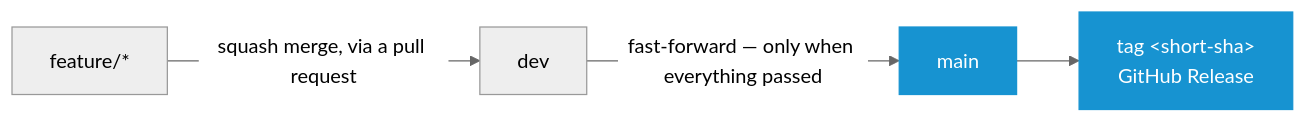
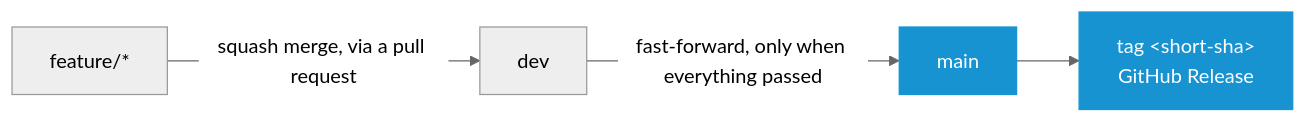
Before and after one commit to murkl/arch-os: the first of 2 diagrams in CONTRIBUTING.md, drawn with Mermaid (neutral theme). The commit also changed other lines of this file and 37 other files, not shown here.

````diff
--- a/CONTRIBUTING.md
+++ b/CONTRIBUTING.md
@@ -10,9 +10,9 @@
 ```mermaid
 flowchart LR
     F["feature/*"] -->|"squash merge, via a pull request"| D["dev"]
-    D -->|"fast-forward — only when everything passed"| M["main"]
+    D -->|"fast-forward, only when everything passed"| M["main"]
     M --> R["tag &lt;short-sha&gt;<br/>GitHub Release"]
 
     style M fill:#1793d1,stroke:#1793d1,color:#fff
     style R fill:#1793d1,stroke:#1793d1,color:#fff
 ```
````
